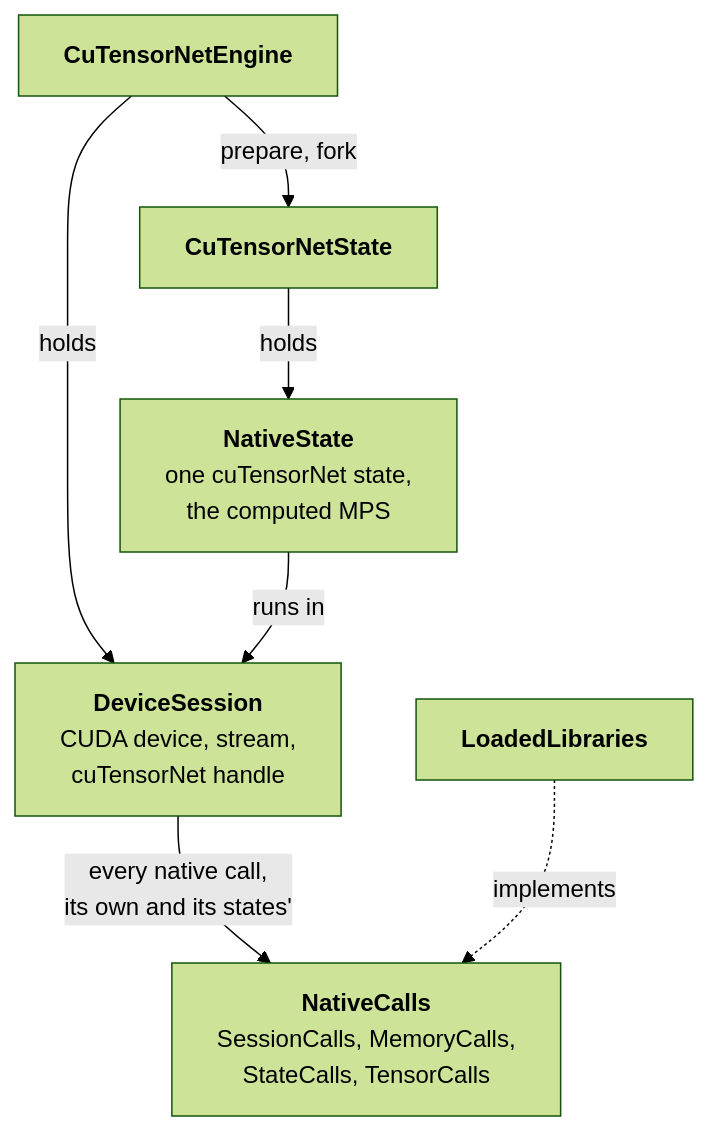
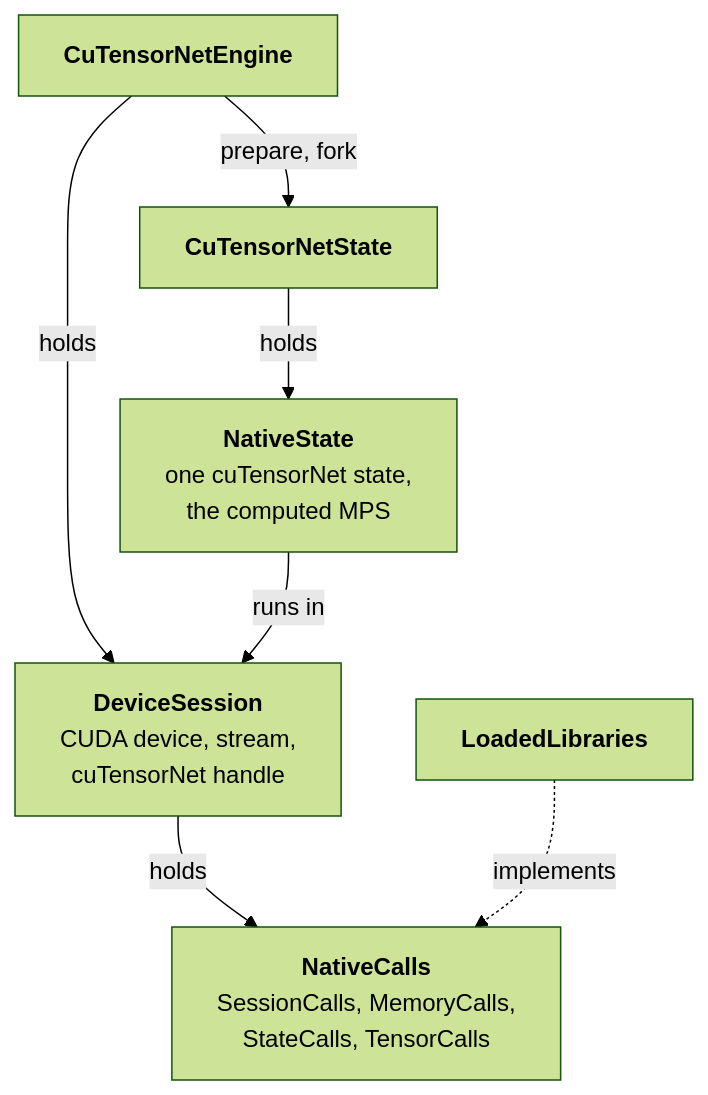
Before and after one commit to microsoft/qdk: the second of 3 diagrams in source/cutensornet/README.md, drawn with Mermaid (forest theme). The commit also changed 7 other files, not shown here.

````diff
--- a/source/cutensornet/README.md
+++ b/source/cutensornet/README.md
@@ -40,9 +40,9 @@
 ```mermaid
 flowchart TD
   E["<b>CuTensorNetEngine</b>"] -->|holds| DS["<b>DeviceSession</b><br/>CUDA device, stream,<br/>cuTensorNet handle"]
   E -->|"prepare, fork"| S["<b>CuTensorNetState</b>"]
   S -->|holds| NS["<b>NativeState</b><br/>one cuTensorNet state,<br/>the computed MPS"]
   NS -->|"runs in"| DS
-  DS -->|"every native call,<br/>its own and its states'"| NC["<b>NativeCalls</b><br/>SessionCalls, MemoryCalls,<br/>StateCalls, TensorCalls"]
+  DS -->|holds| NC["<b>NativeCalls</b><br/>SessionCalls, MemoryCalls,<br/>StateCalls, TensorCalls"]
   LL["<b>LoadedLibraries</b>"] -.->|implements| NC
 ```
````
